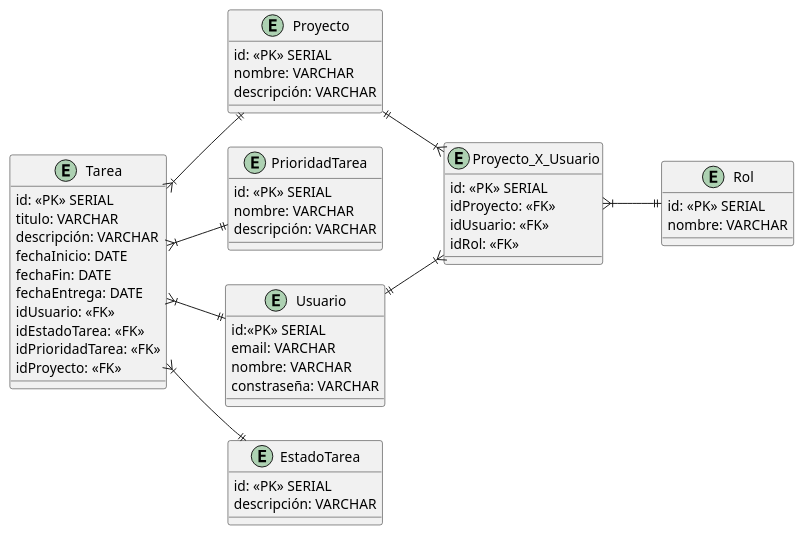
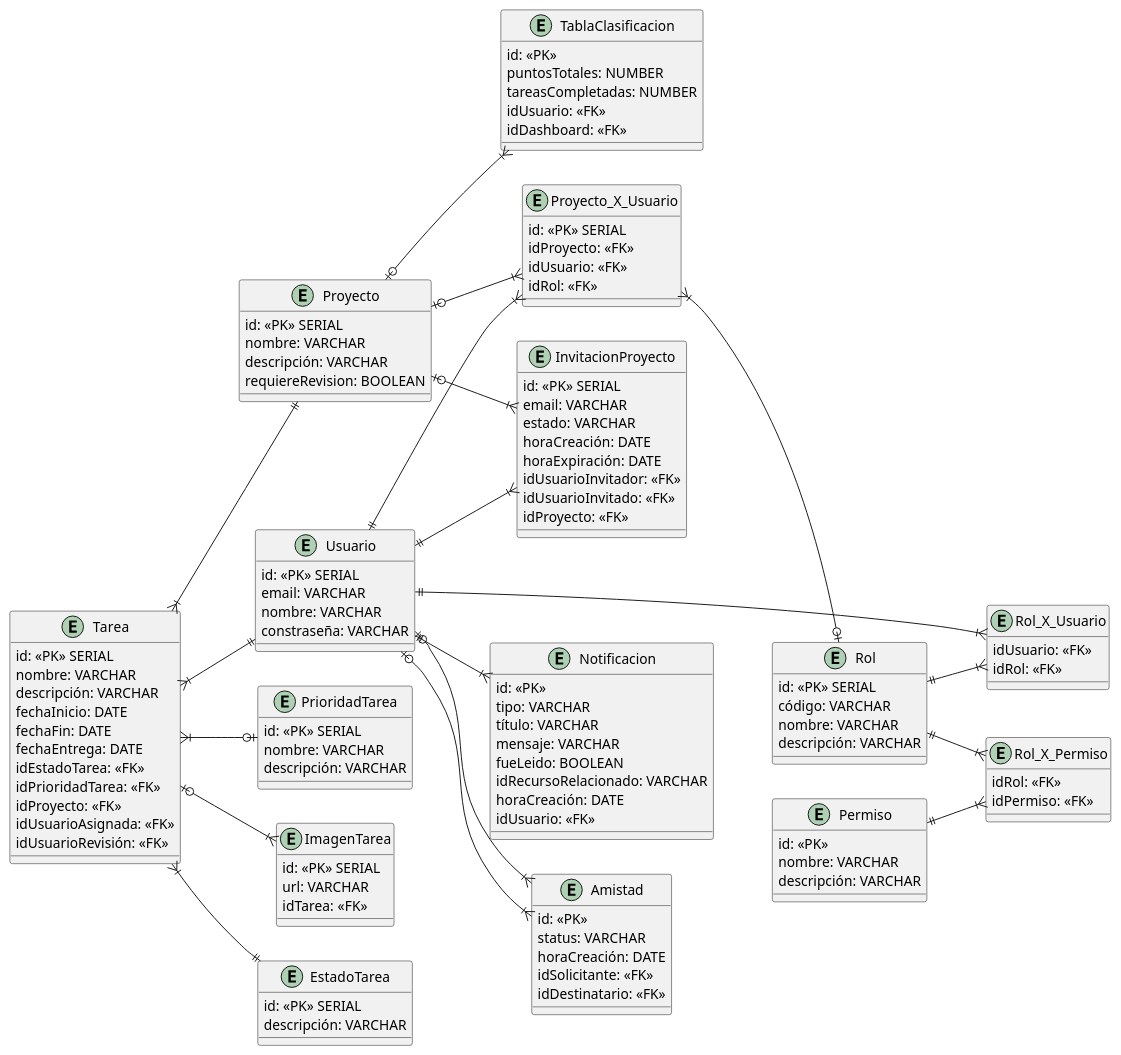
Before and after one commit to ciggyx/Task_Flow: the diagram in Modelado/DiagramaER.plantuml, drawn with PlantUML. The commit also changed 1 other file, not shown here.

```diff
--- a/Modelado/DiagramaER.plantuml
+++ b/Modelado/DiagramaER.plantuml
@@ -1,63 +1,143 @@
 @startuml Diagrama Entidad Relacion
 left to right direction
 
 entity Tarea{
     id: <<PK>> SERIAL
-    titulo: VARCHAR
+    nombre: VARCHAR
     descripción: VARCHAR
-    fechaInicio: DATE 
+    fechaInicio: DATE
     fechaFin: DATE
     fechaEntrega: DATE
-    idUsuario: <<FK>>
     idEstadoTarea: <<FK>>
     idPrioridadTarea: <<FK>>
     idProyecto: <<FK>>
-
+    idUsuarioAsignada: <<FK>>
+    idUsuarioRevisión: <<FK>>
 }
 
 entity Proyecto{
     id: <<PK>> SERIAL
     nombre: VARCHAR
     descripción: VARCHAR
+    requiereRevision: BOOLEAN
 }
+
+entity TablaClasificacion{
+    id: <<PK>>
+    puntosTotales: NUMBER
+    tareasCompletadas: NUMBER
+    idUsuario: <<FK>>
+    idDashboard: <<FK>>
+}
+
+entity InvitacionProyecto{
+    id: <<PK>> SERIAL
+    email: VARCHAR
+    estado: VARCHAR
+    horaCreación: DATE
+    horaExpiración: DATE
+    idUsuarioInvitador: <<FK>>
+    idUsuarioInvitado: <<FK>>
+    idProyecto: <<FK>>
+}
+
 
 entity PrioridadTarea{
     id: <<PK>> SERIAL
     nombre: VARCHAR
     descripción: VARCHAR
 }
 
+entity ImagenTarea{
+    id: <<PK>> SERIAL
+    url: VARCHAR
+    idTarea: <<FK>>
+}
+
 entity Usuario{
-    id:<<PK>> SERIAL
+    id: <<PK>> SERIAL
     email: VARCHAR
     nombre: VARCHAR
     constraseña: VARCHAR
 }
 
+entity Rol_X_Usuario{
+    idUsuario: <<FK>>
+    idRol: <<FK>>
+}
+
 entity EstadoTarea{
     id: <<PK>> SERIAL
     descripción: VARCHAR
-   
 }
 
 entity Proyecto_X_Usuario{
     id: <<PK>> SERIAL
     idProyecto: <<FK>>
     idUsuario: <<FK>>
     idRol: <<FK>>
 }
 
 entity Rol{
     id: <<PK>> SERIAL
+    código: VARCHAR
     nombre: VARCHAR
+    descripción: VARCHAR
 }
 
+entity Permiso{
+    id: <<PK>>
+    nombre: VARCHAR
+    descripción: VARCHAR
+}
+
+entity Rol_X_Permiso{
+    idRol: <<FK>>
+    idPermiso: <<FK>>
+}
+
+entity Notificacion{
+    id: <<PK>>
+    tipo: VARCHAR
+    título: VARCHAR
+    mensaje: VARCHAR
+    fueLeido: BOOLEAN
+    idRecursoRelacionado: VARCHAR
+    horaCreación: DATE
+    idUsuario: <<FK>>
+}
+
+entity Amistad{
+    id: <<PK>>
+    status: VARCHAR
+    horaCreación: DATE
+    idSolicitante: <<FK>>
+    idDestinatario: <<FK>>
+}
+
+Proyecto |o--|{ Proyecto_X_Usuario
+Proyecto |o--|{ InvitacionProyecto
+Proyecto |o--|{ TablaClasificacion
+
+Usuario ||--|{ Proyecto_X_Usuario
+Usuario ||--|{ InvitacionProyecto
+Usuario ||--|{ Notificacion
+Usuario |o--|{ Amistad
+Usuario |o--|{ Amistad
+
+Proyecto_X_Usuario }|--o| Rol
+
+Rol ||--|{ Rol_X_Usuario
+Usuario ||--|{ Rol_X_Usuario
+
+Rol ||--|{ Rol_X_Permiso
+Permiso ||--|{ Rol_X_Permiso
+
 Tarea }|--|| Proyecto
-Proyecto ||--|{ Proyecto_X_Usuario
-Usuario ||--|{ Proyecto_X_Usuario
-Proyecto_X_Usuario }|--|| Rol
 Tarea }|--|| EstadoTarea
-Tarea }|--|| PrioridadTarea
+Tarea }|--o| PrioridadTarea
 Tarea }|--|| Usuario
+Tarea |o--|{ ImagenTarea
+
 
 @enduml
```
